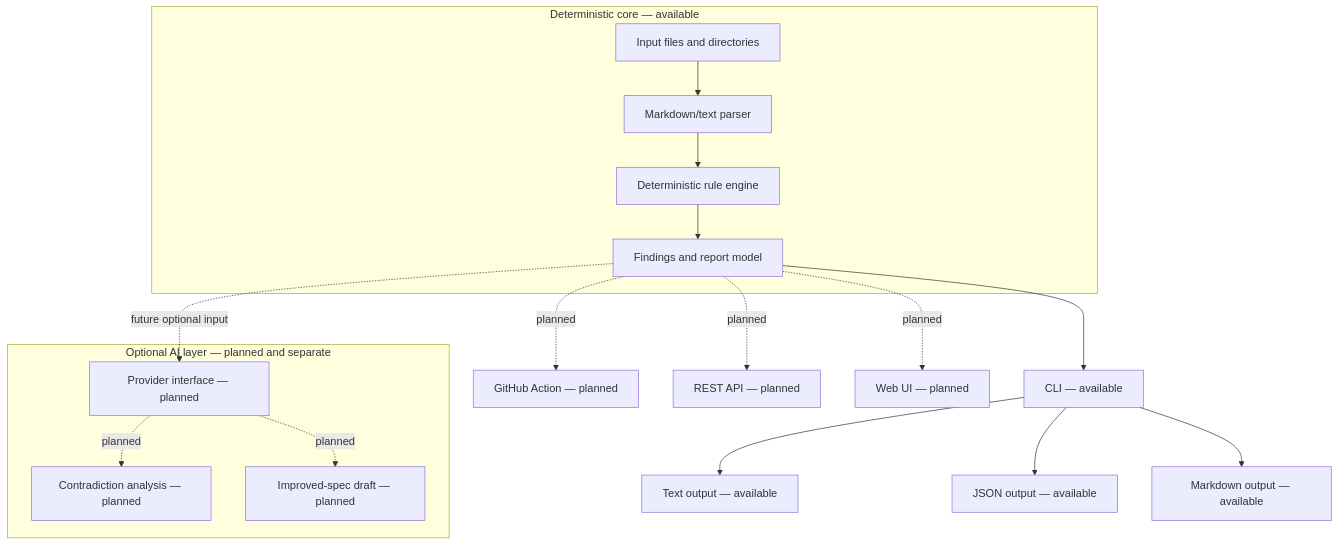
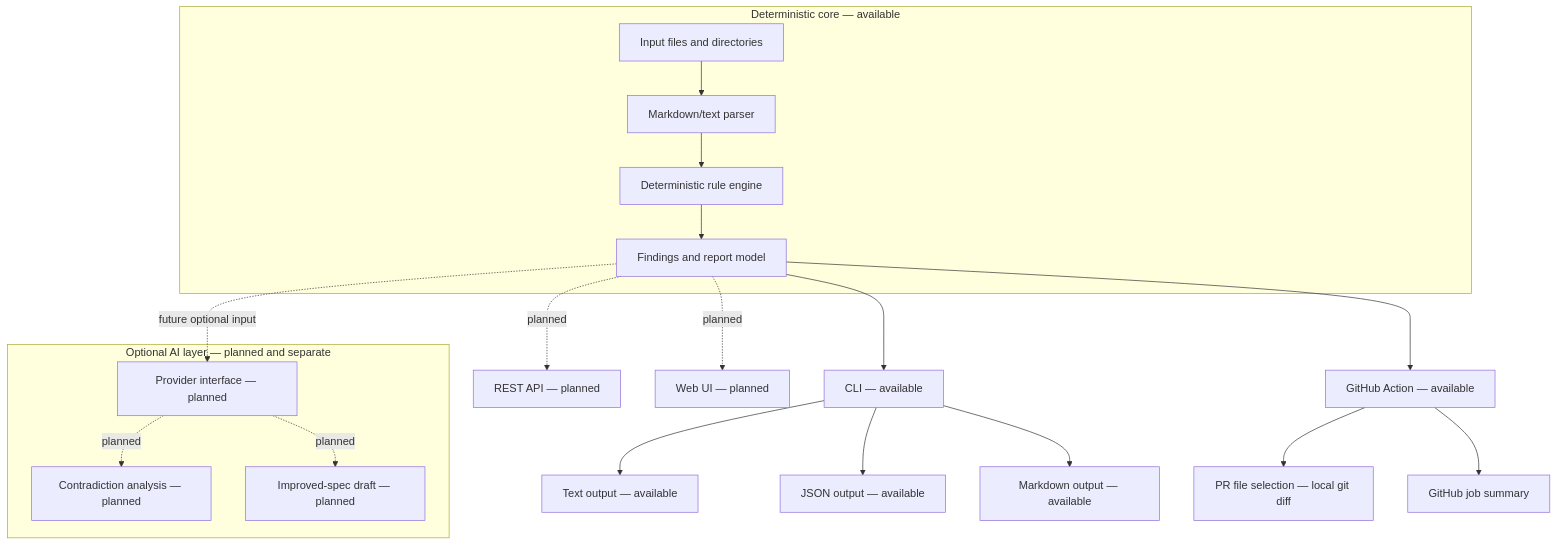
The diagram in docs/architecture.md (specforgeart/specforge-gate), drawn with Mermaid before and after one commit. The commit also changed other lines of this file and 14 other files, not shown here.

Commit message:
feat: add reusable GitHub Action (#16)

````diff
--- a/docs/architecture.md
+++ b/docs/architecture.md
@@ -5,27 +5,29 @@
 ```mermaid
 flowchart TD
     subgraph Core["Deterministic core — available"]
         A["Input files and directories"] --> B["Markdown/text parser"]
         B --> C["Deterministic rule engine"]
         C --> D["Findings and report model"]
     end
 
     D --> E["CLI — available"]
     E --> F["Text output — available"]
     E --> G["JSON output — available"]
     E --> H["Markdown output — available"]
 
-    D -. planned .-> I["GitHub Action — planned"]
+    D --> I["GitHub Action — available"]
+    I --> O["PR file selection — local git diff"]
+    I --> P["GitHub job summary"]
     D -. planned .-> J["REST API — planned"]
     D -. planned .-> K["Web UI — planned"]
 
     subgraph AI["Optional AI layer — planned and separate"]
         L["Provider interface — planned"]
         M["Contradiction analysis — planned"]
         N["Improved-spec draft — planned"]
     end
 
     D -. future optional input .-> L
     L -. planned .-> M
     L -. planned .-> N
 ```
````
